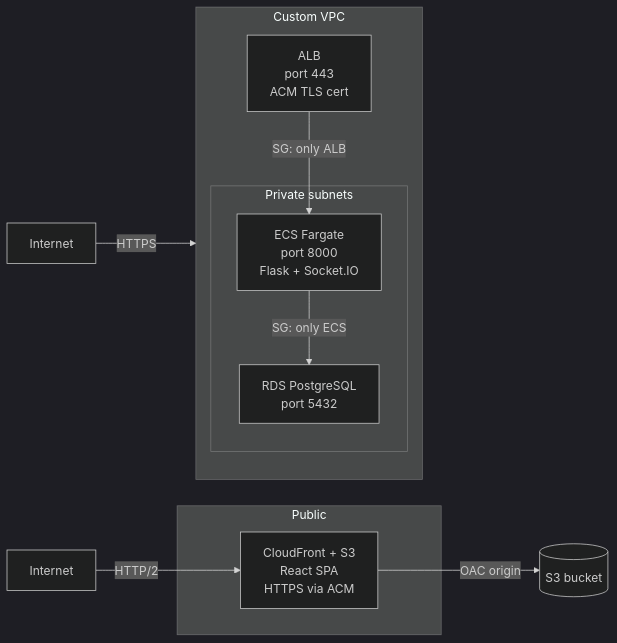
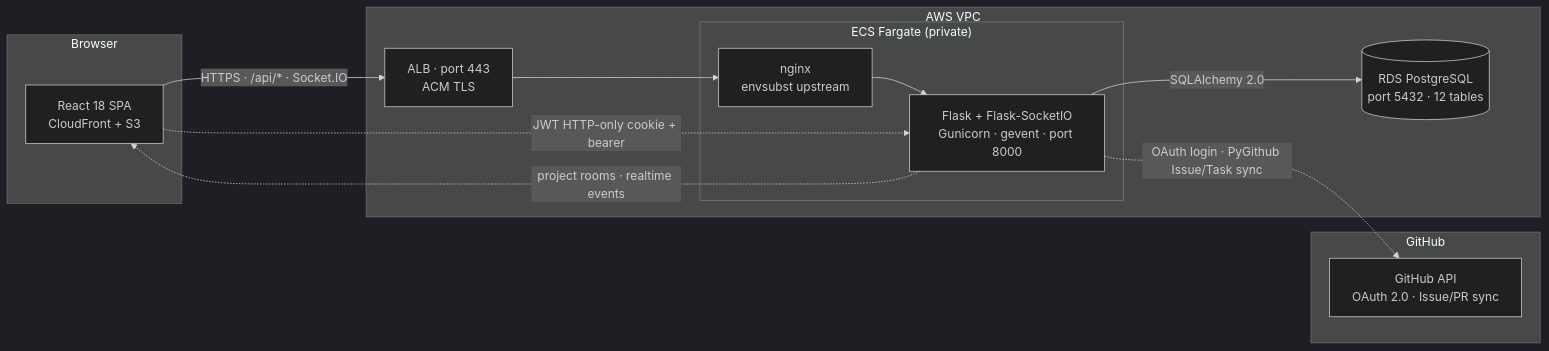
Before and after one commit to AhmedIkram05/devsync: the diagram in README.md, drawn with Mermaid (dark theme). The commit also changed other lines of this file, not shown here.

Commit message:
docs: enhance architecture overview in README for clarity and detail
Updated the architecture section of the README to provide a clearer depiction of the application's components and their interactions. Revised the flowchart to include detailed descriptions of the React SPA, Flask API, and their communication over HTTPS, as well as the integration with GitHub for OAuth and real-time updates. This enhancement aims to improve understanding of the system's design and functionality.

````diff
--- a/README.md
+++ b/README.md
@@ -49,21 +49,27 @@
 ```mermaid
 flowchart LR
-    subgraph Public[Public]
-        CF[CloudFront + S3\nReact SPA\nHTTPS via ACM]
+    subgraph Client["Browser"]
+        SPA["React 18 SPA<br/>CloudFront + S3"]
     end
 
-    subgraph VPC["Custom VPC"]
-        direction TB
-        ALB["ALB\nport 443\nACM TLS cert"]
-        subgraph Private[Private subnets]
-            ECS["ECS Fargate\nport 8000\nFlask + Socket.IO"]
-            RDS["RDS PostgreSQL\nport 5432"]
-        end
+    subgraph GitHub["GitHub"]
+        GH["GitHub API<br/>OAuth 2.0 · Issue/PR sync"]
     end
 
-    INTERNET1[Internet] -->|HTTP/2| CF
-    CF -->|OAC origin| S3[(S3 bucket)]
-    INTERNET2[Internet] -->|HTTPS| ALB
-    ALB -->|SG: only ALB| ECS
-    ECS -->|SG: only ECS| RDS
+    subgraph AWS_VPC["AWS VPC"]
+        ALB["ALB · port 443<br/>ACM TLS"]
+        subgraph ECS["ECS Fargate (private)"]
+            NX["nginx<br/>envsubst upstream"]
+            APP["Flask + Flask-SocketIO<br/>Gunicorn · gevent · port 8000"]
+        end
+        RDS[("RDS PostgreSQL<br/>port 5432 · 12 tables")]
+    end
+
+    SPA -->|"HTTPS · /api/* · Socket.IO"| ALB
+    ALB --> NX
+    NX --> APP
+    APP -->|"SQLAlchemy 2.0"| RDS
+    SPA -.->|"JWT HTTP-only cookie + bearer"| APP
+    APP -.->|"OAuth login · PyGithub Issue/Task sync"| GH
+    APP -.->|"project rooms · realtime events"| SPA
 ```
````
